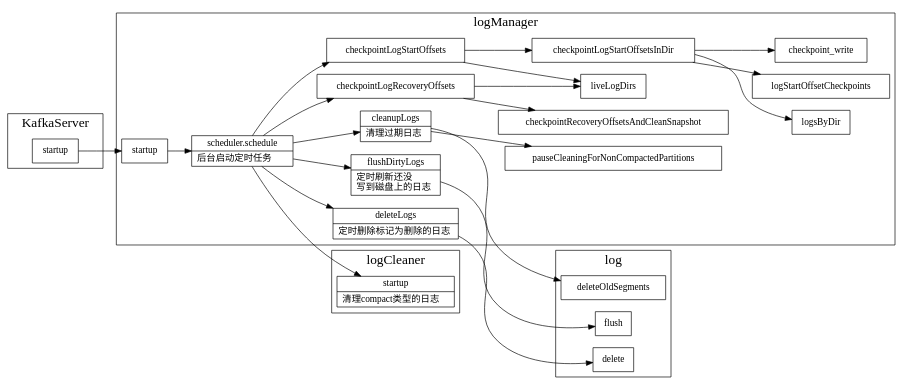
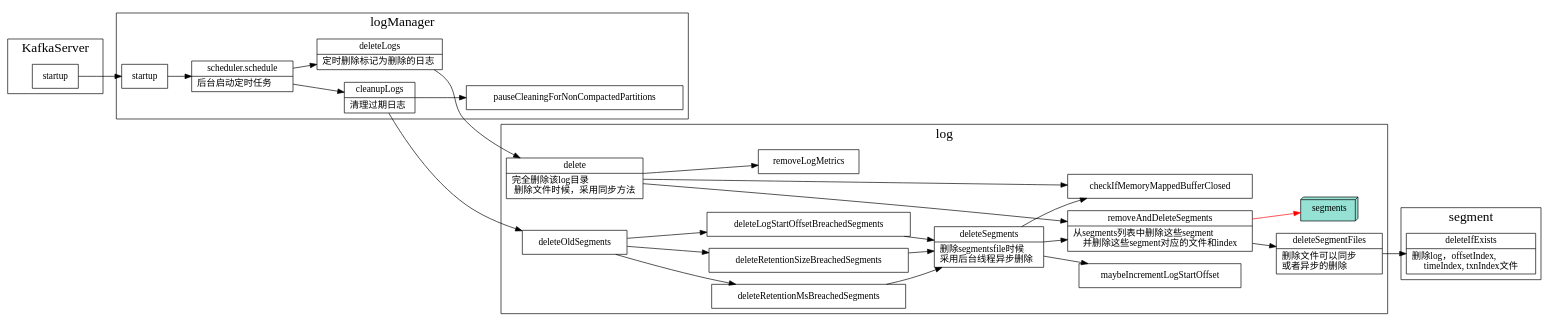
Before and after one commit to xieyu/blog: the diagram in src/kafka/log_clean.dot, drawn with Graphviz. The commit also changed 11 other files, not shown here.

```diff
--- a/src/kafka/log_clean.dot
+++ b/src/kafka/log_clean.dot
@@ -1,95 +1,116 @@
 digraph logClean{
   node[shape=box];
   newrank=true;
   rankdir=LR;
 
+  subgraph cluster_segment {
+    graph[label="segment";fontsize=20;];
+    segment_deleteIfExists[shape="record";
+      label="{{
+        deleteIfExists|
+        删除log，offsetIndex,\l 
+        timeIndex, txnIndex文件
+      }}";
+    ];
+    
+  }
+
   subgraph cluster_log {
     graph[label="log";fontsize=20;];
-    log_flush[label="flush"];
-    log_delete[label="delete"];
-    deleteOldSegments;
-  }
-
-  subgraph cluster_logCleaner {
-    graph[label="logCleaner";fontsize=20;];
-    cleaner_startup[label="startup"];
-    cleaner_startup[shape="record";
+    log_delete[shape="record";
       label="{{
-        startup|
-          清理compact类型的日志\l
+        delete|
+          完全删除该log目录\l
+          删除文件时候，采用同步方法
       }}";
     ];
+    removeAndDeleteSegments[shape="record";
+      label="{{
+        removeAndDeleteSegments|
+          从segments列表中删除这些segment\l
+          并删除这些segment对应的文件和index
+      }}";
+    ];
+    deleteSegmentFiles[shape="record";
+      label="{{
+        deleteSegmentFiles|
+          删除文件可以同步\l 
+          或者异步的删除\l
+      }}";
+    ];
+    deleteSegments[shape="record";
+      label="{{
+        deleteSegments|
+          删除segmentsfile时候\l 
+          采用后台线程异步删除\l
+      }}";
+    ];
+    log_delete -> {
+      checkIfMemoryMappedBufferClosed;
+      removeLogMetrics;
+      removeAndDeleteSegments;
+    };
+    deleteOldSegments -> {
+      deleteRetentionMsBreachedSegments;
+      deleteRetentionSizeBreachedSegments;
+      deleteLogStartOffsetBreachedSegments;
+    } -> deleteSegments -> {
+      checkIfMemoryMappedBufferClosed;
+      maybeIncrementLogStartOffset;
+      removeAndDeleteSegments;
+    }
+    removeAndDeleteSegments -> { deleteSegmentFiles;}
+    removeAndDeleteSegments -> segments[color="red"];
+    segments[
+      fillcolor="#95e1d3"
+      style=filled;
+      shape=box3d;
+      label="segments"
+    ];
+    deleteSegmentFiles -> segment_deleteIfExists;
+    {rank=same;deleteOldSegments;log_delete};
   }
 
   subgraph cluster_logManager {
     graph[label="logManager";fontsize=20;];
     logManager_startup[label="startup"];
     scheduler_schedule[shape="record";
       label="{{
         scheduler.schedule|
           后台启动定时任务\l
       }}";
     ];
     cleanupLogs[shape="record";
       label="{{
         cleanupLogs|
           清理过期日志\l
       }}";
     ];
-    flushDirtyLogs[shape="record";
-      label="{{
-        flushDirtyLogs|
-          定时刷新还没\l 
-          写到磁盘上的日志\l
-      }}";
-    ];
     deleteLogs[shape="record";
       label="{{
         deleteLogs|
           定时删除标记为删除的日志\l
       }}";
     ];
 
     logManager_startup -> scheduler_schedule;
     scheduler_schedule -> {
       cleanupLogs;
-      flushDirtyLogs;
-      checkpointLogRecoveryOffsets;
-      checkpointLogStartOffsets;
       deleteLogs;
-      cleaner_startup;
-    };
-
-    flushDirtyLogs -> {
-      log_flush;
     };
 
     cleanupLogs -> {
       pauseCleaningForNonCompactedPartitions;
       deleteOldSegments;
     };
-    checkpointLogRecoveryOffsets -> {
-      checkpointRecoveryOffsetsAndCleanSnapshot;
-      liveLogDirs;
-    }
 
     deleteLogs -> {
       log_delete;
     }
-    checkpointLogStartOffsets -> {
-      liveLogDirs;
-      checkpointLogStartOffsetsInDir;
-    };
-
-    checkpointLogStartOffsetsInDir -> {
-      logsByDir;
-      logStartOffsetCheckpoints;
-      checkpoint_write;
-    };
   }
 
   subgraph cluster_KafkaServer {
     graph[label="KafkaServer";fontsize=20;];
     startup -> logManager_startup;
   }
 }
```
